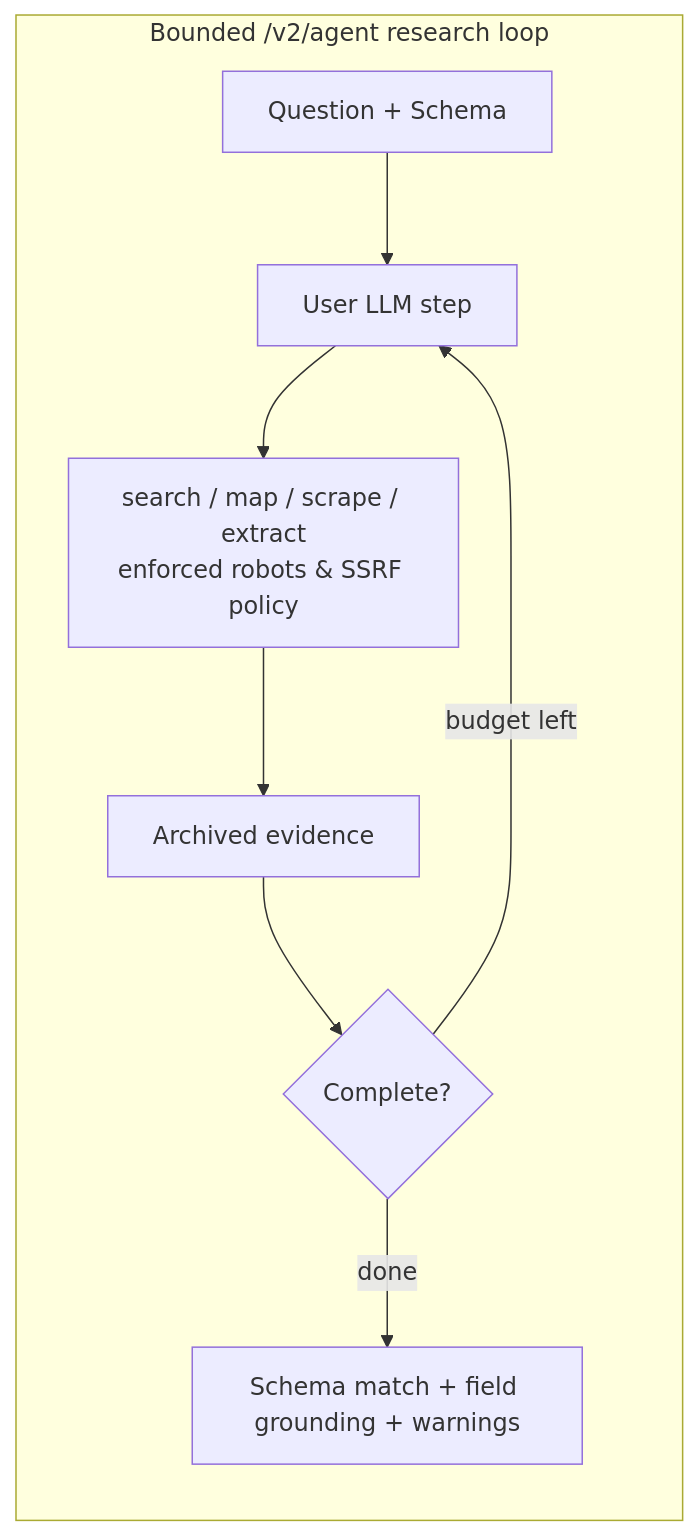
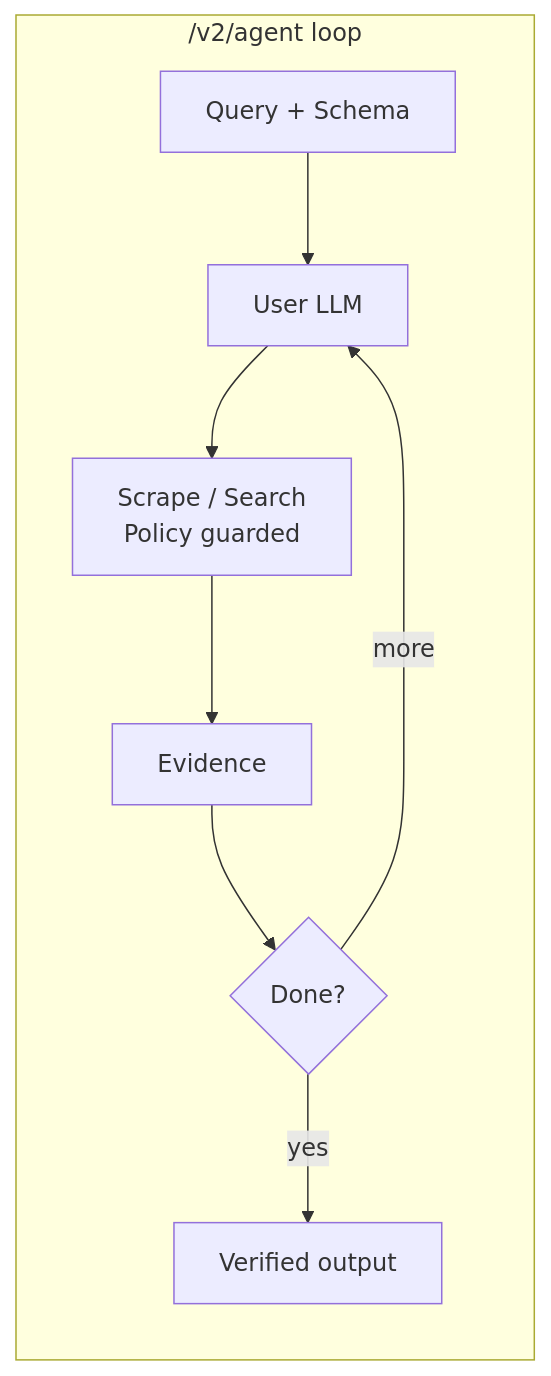
The third of 4 diagrams in README.md (YOLOW92/pagesift), drawn with Mermaid before and after one commit. The commit also changed other lines of this file and 104 other files, not shown here.

````diff
--- a/README.md
+++ b/README.md
@@ -197,11 +180,11 @@
 ```mermaid
 flowchart LR
-    subgraph Agent["Bounded /v2/agent research loop"]
-        Q[Question + Schema] --> M[User LLM step]
-        M --> T[search / map / scrape / extract<br/>enforced robots & SSRF policy]
-        T --> Ev[Archived evidence]
-        Ev --> Check{Complete?}
-        Check -->|budget left| M
-        Check -->|done| Verify[Schema match + field grounding + warnings]
+    subgraph Agent["/v2/agent loop"]
+        Q["Query + Schema"] --> M["User LLM"]
+        M --> T["Scrape / Search<br/>Policy guarded"]
+        T --> Ev["Evidence"]
+        Ev --> Check{"Done?"}
+        Check -->|more| M
+        Check -->|yes| Verify["Verified output"]
     end
 ```
````
